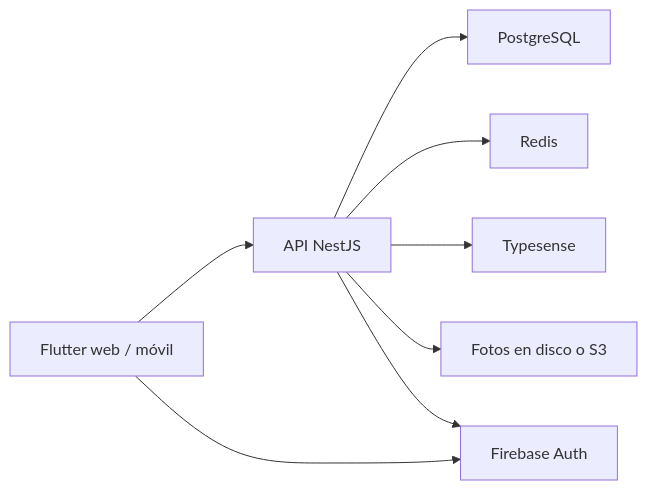
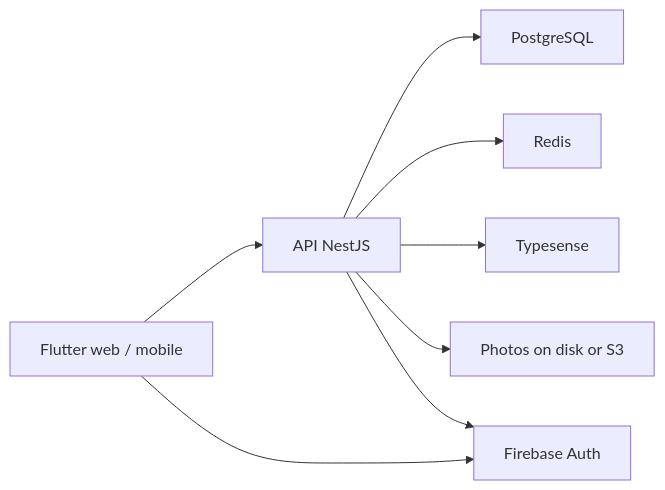
Before and after one commit to AgustinRH/app-recetas: the diagram in README.md, drawn with Mermaid. The commit also changed other lines of this file, not shown here.

````diff
--- a/README.md
+++ b/README.md
@@ -33,10 +44,10 @@
 ```mermaid
 flowchart LR
-  web["Flutter web / móvil"] --> api["API NestJS"]
+  web["Flutter web / mobile"] --> api["API NestJS"]
   api --> pg["PostgreSQL"]
   api --> redis["Redis"]
   api --> ts["Typesense"]
-  api --> files["Fotos en disco o S3"]
+  api --> files["Photos on disk or S3"]
   web --> firebase["Firebase Auth"]
   api --> firebase
 ```
````
